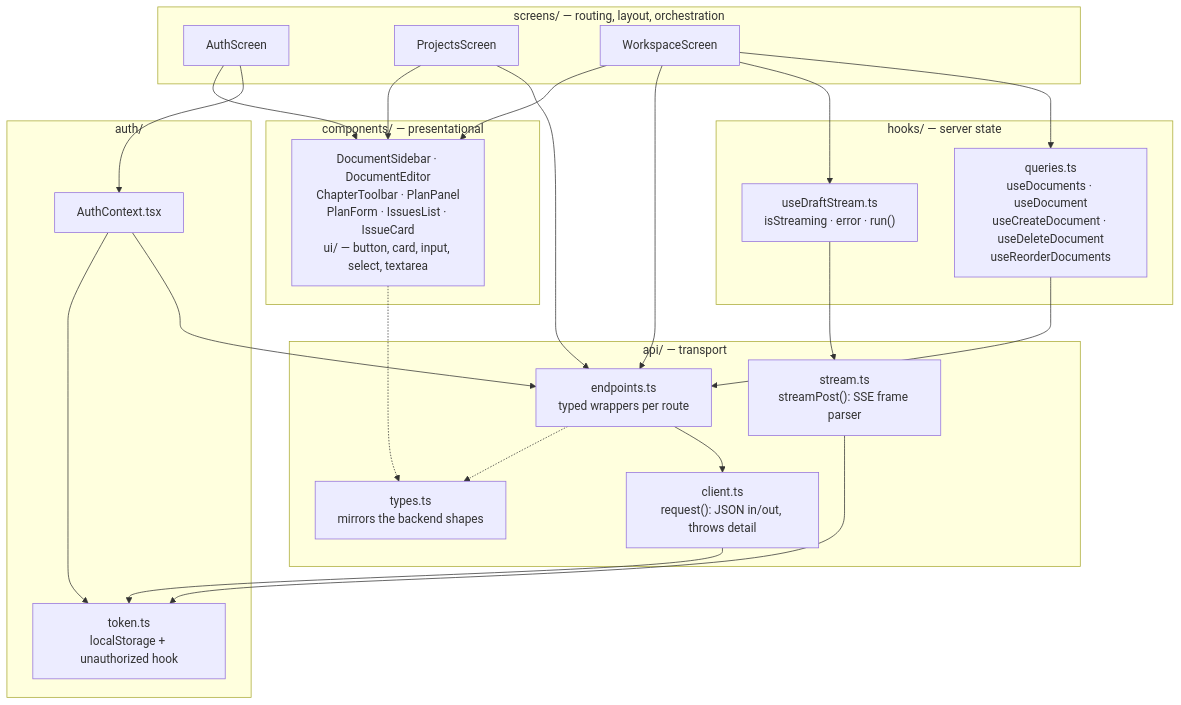
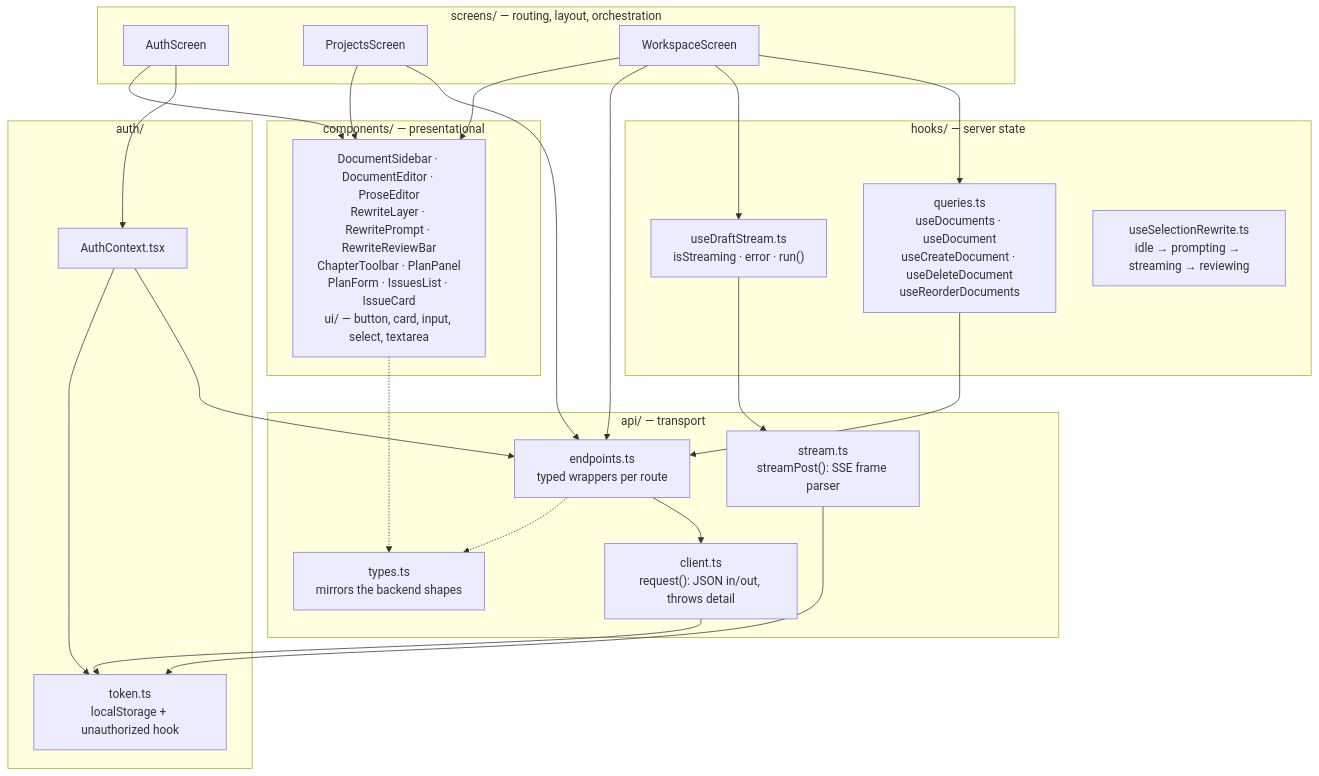
Before and after one commit to Akazz-L/maya: the second of 3 diagrams in docs/diagrams/04-frontend-architecture.md, drawn with Mermaid. The commit also changed other lines of this file and 34 other files, not shown here.

Commit message:
Selection rewrite: in-place AI edits with accept/discard (#12)

````diff
--- a/docs/diagrams/04-frontend-architecture.md
+++ b/docs/diagrams/04-frontend-architecture.md
@@ -44,49 +48,50 @@
 ```mermaid
 graph TD
     subgraph screens["screens/ — routing, layout, orchestration"]
         AS["AuthScreen"]
         PS["ProjectsScreen"]
         WSS["WorkspaceScreen"]
     end
 
     subgraph components["components/ — presentational"]
-        CMP["DocumentSidebar · DocumentEditor<br/>ChapterToolbar · PlanPanel<br/>PlanForm · IssuesList · IssueCard<br/>ui/ — button, card, input, select, textarea"]
+        CMP["DocumentSidebar · DocumentEditor · ProseEditor<br/>RewriteLayer · RewritePrompt · RewriteReviewBar<br/>ChapterToolbar · PlanPanel<br/>PlanForm · IssuesList · IssueCard<br/>ui/ — button, card, input, select, textarea"]
     end
 
     subgraph hooks["hooks/ — server state"]
         Q["queries.ts<br/>useDocuments · useDocument<br/>useCreateDocument · useDeleteDocument<br/>useReorderDocuments"]
         DS["useDraftStream.ts<br/>isStreaming · error · run()"]
+        SR["useSelectionRewrite.ts<br/>idle → prompting → streaming → reviewing"]
     end
 
     subgraph api["api/ — transport"]
         EP["endpoints.ts<br/>typed wrappers per route"]
         CL["client.ts<br/>request(): JSON in/out, throws detail"]
         ST["stream.ts<br/>streamPost(): SSE frame parser"]
         TY["types.ts<br/>mirrors the backend shapes"]
     end
 
     subgraph auth["auth/"]
         AC["AuthContext.tsx"]
         TK["token.ts<br/>localStorage + unauthorized hook"]
     end
 
     AS --> AC
     PS --> EP
     WSS --> Q
     WSS --> DS
     WSS --> EP
     WSS --> CMP
     PS --> CMP
     AS --> CMP
     Q --> EP
     DS --> ST
     EP --> CL
     CL --> TK
     ST --> TK
     AC --> EP
     AC --> TK
     EP -.-> TY
     CMP -.-> TY
 
     classDef layer fill:#f7f7f2,stroke:#999
 ```
````
